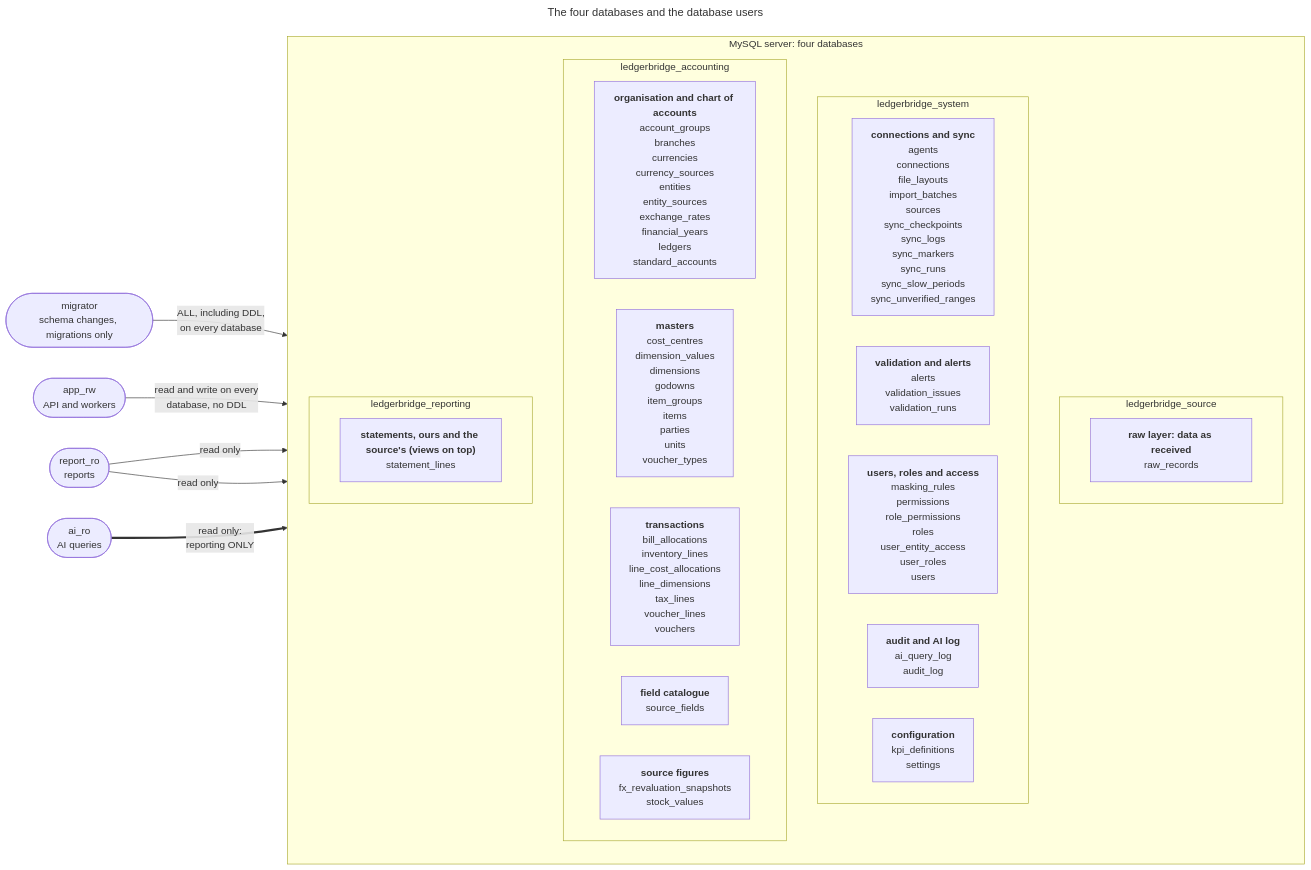
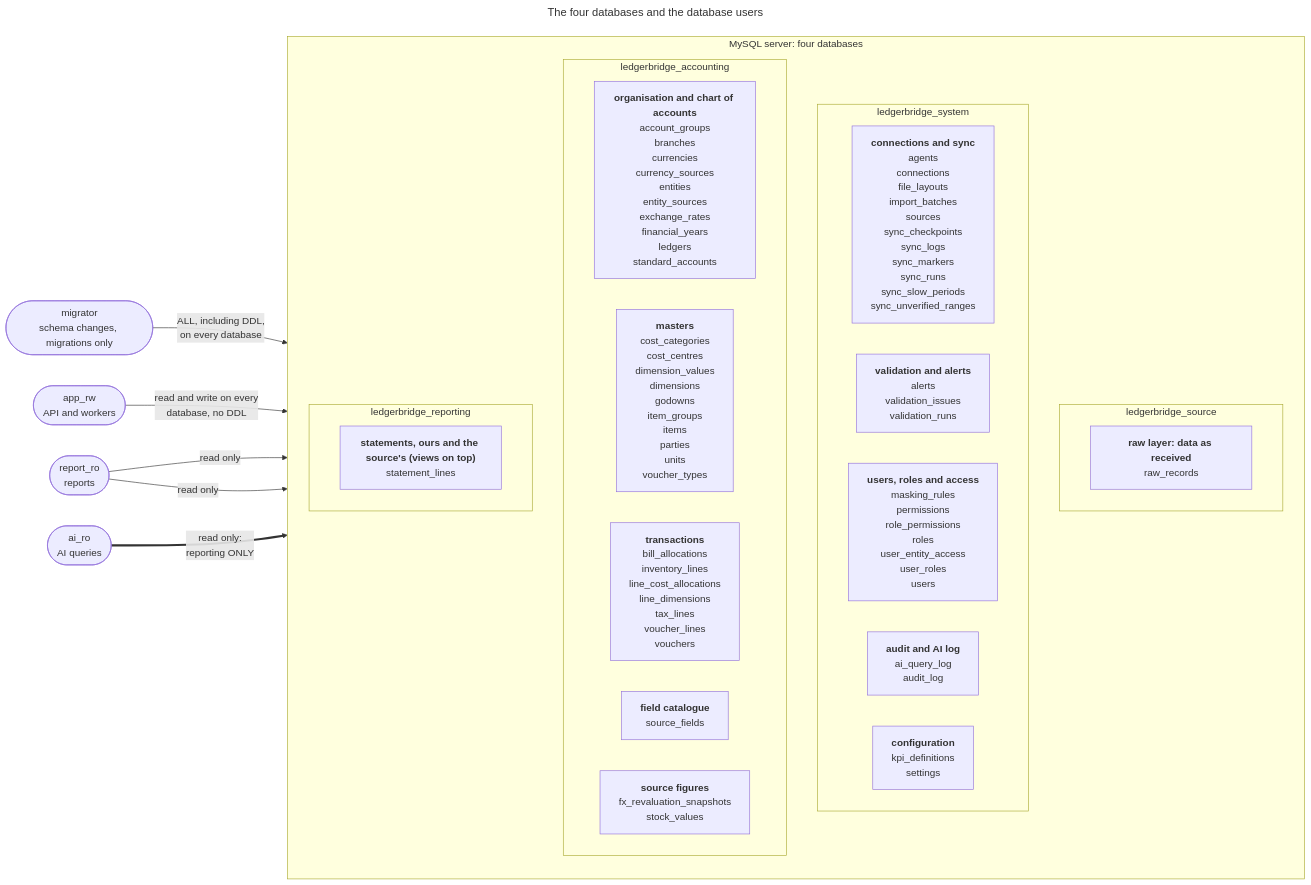
The diagram in docs/diagrams/schema-databases.mmd (empirical-logic-2026/ledgerbridge), drawn with Mermaid before and after one commit. The commit also changed 63 other files, not shown here.

First line of the commit message:
M7: cost centres complete; voucher reference and cheque/UTR (CON-002, VAL-001, RPT-014)

```diff
--- a/docs/diagrams/schema-databases.mmd
+++ b/docs/diagrams/schema-databases.mmd
@@ -1,38 +1,38 @@
 ---
 title: "The four databases and the database users"
 ---
 %% Generated by `python -m devtools.diagrams` from core/models: don't edit by hand.
 flowchart LR
     migrator(["migrator<br/>schema changes, migrations only"])
     app_rw(["app_rw<br/>API and workers"])
     report_ro(["report_ro<br/>reports"])
     ai_ro(["ai_ro<br/>AI queries"])
     subgraph mysql["MySQL server: four databases"]
     direction TB
     subgraph ledgerbridge_source["ledgerbridge_source"]
         ledgerbridge_source_1["<b>raw layer: data as received</b><br/>raw_records"]
     end
     subgraph ledgerbridge_system["ledgerbridge_system"]
         ledgerbridge_system_1["<b>connections and sync</b><br/>agents<br/>connections<br/>file_layouts<br/>import_batches<br/>sources<br/>sync_checkpoints<br/>sync_logs<br/>sync_markers<br/>sync_runs<br/>sync_slow_periods<br/>sync_unverified_ranges"]
         ledgerbridge_system_2["<b>validation and alerts</b><br/>alerts<br/>validation_issues<br/>validation_runs"]
         ledgerbridge_system_3["<b>users, roles and access</b><br/>masking_rules<br/>permissions<br/>role_permissions<br/>roles<br/>user_entity_access<br/>user_roles<br/>users"]
         ledgerbridge_system_4["<b>audit and AI log</b><br/>ai_query_log<br/>audit_log"]
         ledgerbridge_system_5["<b>configuration</b><br/>kpi_definitions<br/>settings"]
     end
     subgraph ledgerbridge_accounting["ledgerbridge_accounting"]
         ledgerbridge_accounting_1["<b>organisation and chart of accounts</b><br/>account_groups<br/>branches<br/>currencies<br/>currency_sources<br/>entities<br/>entity_sources<br/>exchange_rates<br/>financial_years<br/>ledgers<br/>standard_accounts"]
-        ledgerbridge_accounting_2["<b>masters</b><br/>cost_centres<br/>dimension_values<br/>dimensions<br/>godowns<br/>item_groups<br/>items<br/>parties<br/>units<br/>voucher_types"]
+        ledgerbridge_accounting_2["<b>masters</b><br/>cost_categories<br/>cost_centres<br/>dimension_values<br/>dimensions<br/>godowns<br/>item_groups<br/>items<br/>parties<br/>units<br/>voucher_types"]
         ledgerbridge_accounting_3["<b>transactions</b><br/>bill_allocations<br/>inventory_lines<br/>line_cost_allocations<br/>line_dimensions<br/>tax_lines<br/>voucher_lines<br/>vouchers"]
         ledgerbridge_accounting_4["<b>field catalogue</b><br/>source_fields"]
         ledgerbridge_accounting_5["<b>source figures</b><br/>fx_revaluation_snapshots<br/>stock_values"]
     end
     subgraph ledgerbridge_reporting["ledgerbridge_reporting"]
         ledgerbridge_reporting_1["<b>statements, ours and the source's (views on top)</b><br/>statement_lines"]
     end
     end
     migrator -->|"ALL, including DDL,<br/>on every database"| mysql
     app_rw -->|"read and write on every<br/>database, no DDL"| mysql
     report_ro -->|"read only"| ledgerbridge_accounting
     report_ro -->|"read only"| ledgerbridge_reporting
     ai_ro ==>|"read only:<br/>reporting ONLY"| ledgerbridge_reporting
     classDef planned fill:#f3f4f6,stroke:#9ca3af,stroke-dasharray:5 5,color:#4b5563
```
